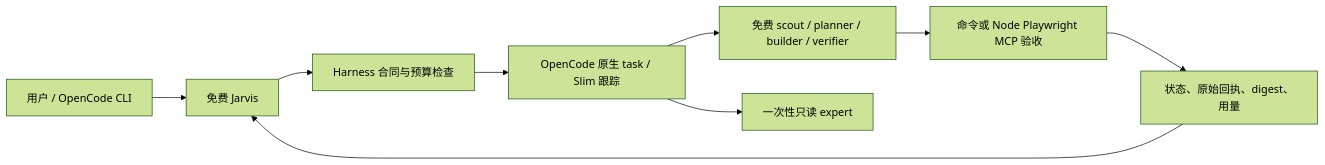
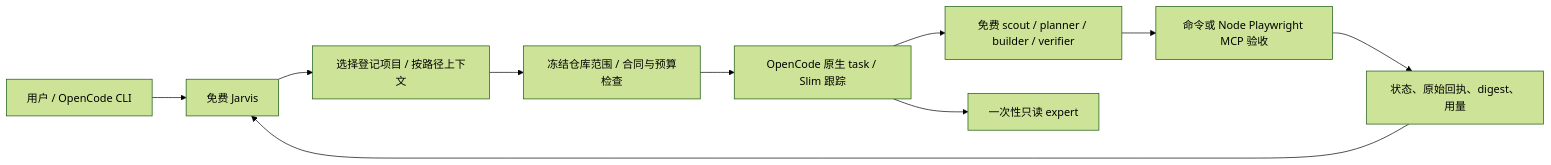
One commit to 6daya/ccm changed the diagram in docs/architecture.md. Above: the diagram before and after it, drawn with Mermaid (forest theme). The commit also changed other lines of this file and 38 other files, not shown here.

````diff
--- a/docs/architecture.md
+++ b/docs/architecture.md
@@ -3,11 +3,12 @@
 ```mermaid
 flowchart LR
  U[用户 / OpenCode CLI] --> C[免费 Jarvis]
- C --> P[Harness 合同与预算检查]
+ C --> R[选择登记项目 / 按路径上下文]
+ R --> P[冻结仓库范围 / 合同与预算检查]
  P --> T[OpenCode 原生 task / Slim 跟踪]
  T --> F[免费 scout / planner / builder / verifier]
  T --> E[一次性只读 expert]
  F --> V[命令或 Node Playwright MCP 验收]
  V --> S[状态、原始回执、digest、用量]
  S --> C
 ```
````
